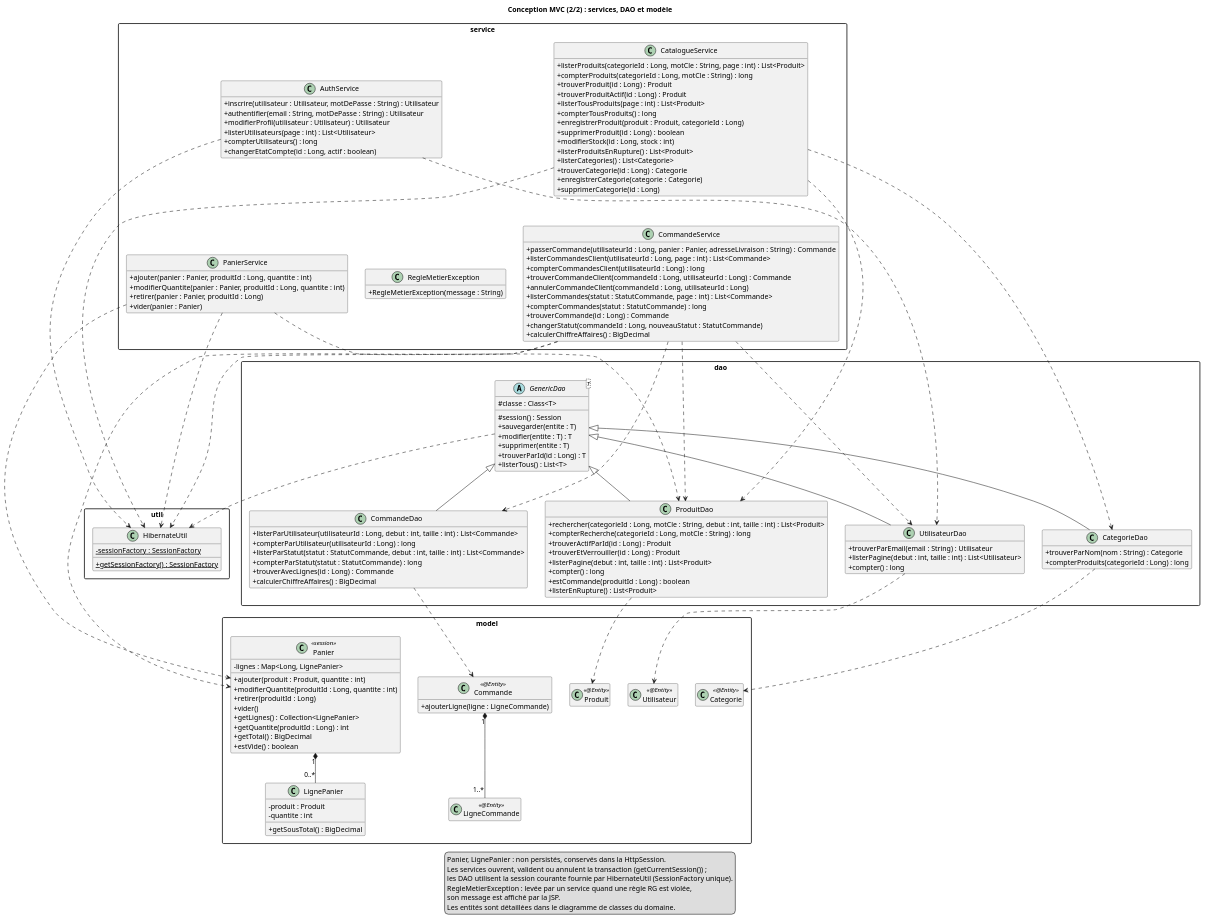
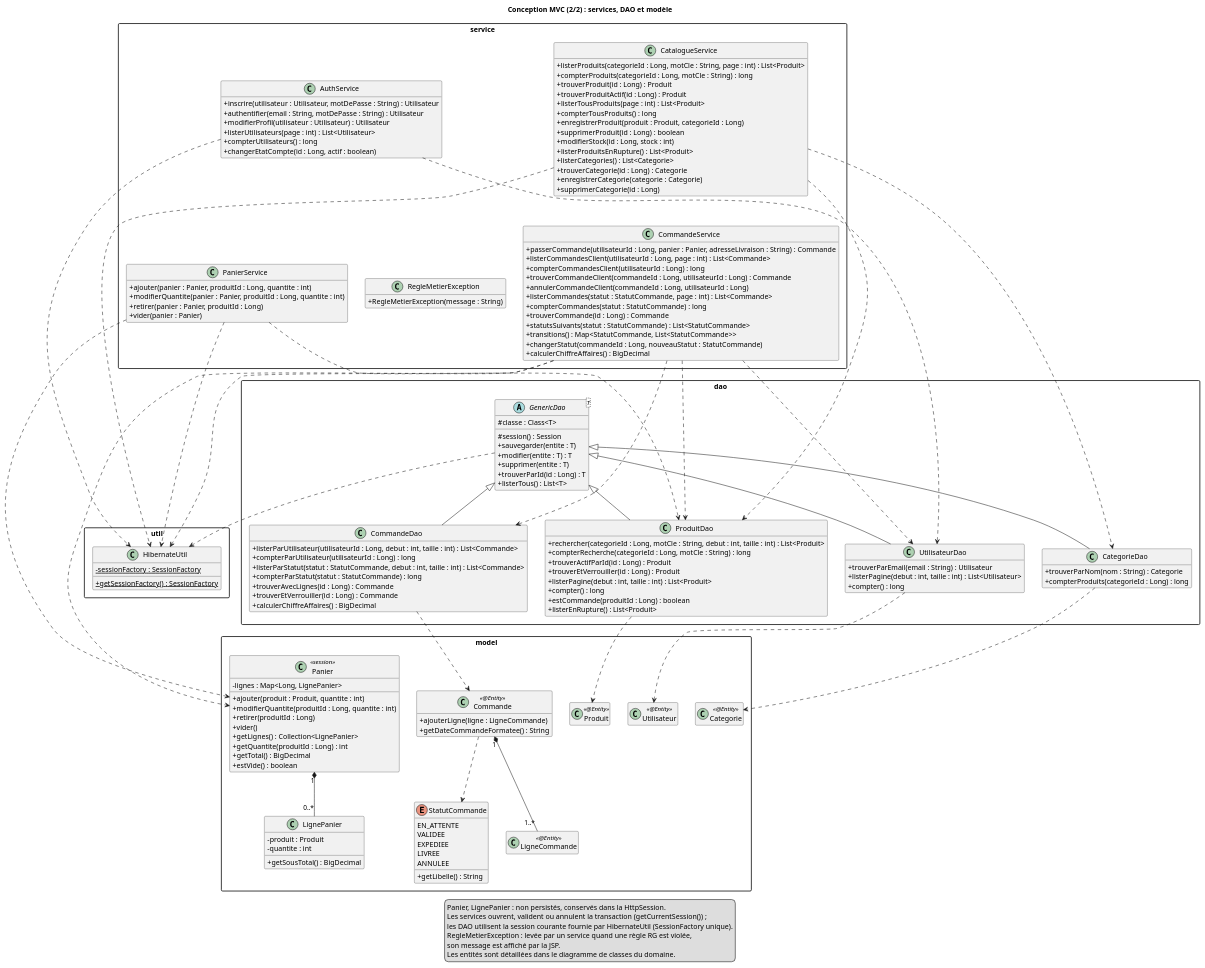
One commit to unk-user/Boutique-JEE changed the diagram in docs/uml/classes-conception-metier.puml. Above: the diagram before and after it, drawn with PlantUML. The commit also changed 3 other files, not shown here.

Commit message:
docs: verrou de la commande et libellés des statuts dans les diagrammes de conception

```diff
--- a/docs/uml/classes-conception-metier.puml
+++ b/docs/uml/classes-conception-metier.puml
@@ -1,175 +1,188 @@
 @startuml classes-conception-metier
 title Conception MVC (2/2) : services, DAO et modèle
 skinparam classAttributeIconSize 0
 skinparam packageStyle rectangle
 hide empty members
 
 package "service" {
   class AuthService {
     + inscrire(utilisateur : Utilisateur, motDePasse : String) : Utilisateur
     + authentifier(email : String, motDePasse : String) : Utilisateur
     + modifierProfil(utilisateur : Utilisateur) : Utilisateur
     + listerUtilisateurs(page : int) : List<Utilisateur>
     + compterUtilisateurs() : long
     + changerEtatCompte(id : Long, actif : boolean)
   }
   class CatalogueService {
     + listerProduits(categorieId : Long, motCle : String, page : int) : List<Produit>
     + compterProduits(categorieId : Long, motCle : String) : long
     + trouverProduit(id : Long) : Produit
     + trouverProduitActif(id : Long) : Produit
     + listerTousProduits(page : int) : List<Produit>
     + compterTousProduits() : long
     + enregistrerProduit(produit : Produit, categorieId : Long)
     + supprimerProduit(id : Long) : boolean
     + modifierStock(id : Long, stock : int)
     + listerProduitsEnRupture() : List<Produit>
     + listerCategories() : List<Categorie>
     + trouverCategorie(id : Long) : Categorie
     + enregistrerCategorie(categorie : Categorie)
     + supprimerCategorie(id : Long)
   }
   class PanierService {
     + ajouter(panier : Panier, produitId : Long, quantite : int)
     + modifierQuantite(panier : Panier, produitId : Long, quantite : int)
     + retirer(panier : Panier, produitId : Long)
     + vider(panier : Panier)
   }
   class CommandeService {
     + passerCommande(utilisateurId : Long, panier : Panier, adresseLivraison : String) : Commande
     + listerCommandesClient(utilisateurId : Long, page : int) : List<Commande>
     + compterCommandesClient(utilisateurId : Long) : long
     + trouverCommandeClient(commandeId : Long, utilisateurId : Long) : Commande
     + annulerCommandeClient(commandeId : Long, utilisateurId : Long)
     + listerCommandes(statut : StatutCommande, page : int) : List<Commande>
     + compterCommandes(statut : StatutCommande) : long
     + trouverCommande(id : Long) : Commande
+    + statutsSuivants(statut : StatutCommande) : List<StatutCommande>
+    + transitions() : Map<StatutCommande, List<StatutCommande>>
     + changerStatut(commandeId : Long, nouveauStatut : StatutCommande)
     + calculerChiffreAffaires() : BigDecimal
   }
   class RegleMetierException {
     + RegleMetierException(message : String)
   }
 }
 
 package "dao" {
   abstract class "GenericDao<T>" as GenericDao {
     # classe : Class<T>
     # session() : Session
     + sauvegarder(entite : T)
     + modifier(entite : T) : T
     + supprimer(entite : T)
     + trouverParId(id : Long) : T
     + listerTous() : List<T>
   }
   class UtilisateurDao {
     + trouverParEmail(email : String) : Utilisateur
     + listerPagine(debut : int, taille : int) : List<Utilisateur>
     + compter() : long
   }
   class CategorieDao {
     + trouverParNom(nom : String) : Categorie
     + compterProduits(categorieId : Long) : long
   }
   class ProduitDao {
     + rechercher(categorieId : Long, motCle : String, debut : int, taille : int) : List<Produit>
     + compterRecherche(categorieId : Long, motCle : String) : long
     + trouverActifParId(id : Long) : Produit
     + trouverEtVerrouiller(id : Long) : Produit
     + listerPagine(debut : int, taille : int) : List<Produit>
     + compter() : long
     + estCommande(produitId : Long) : boolean
     + listerEnRupture() : List<Produit>
   }
   class CommandeDao {
     + listerParUtilisateur(utilisateurId : Long, debut : int, taille : int) : List<Commande>
     + compterParUtilisateur(utilisateurId : Long) : long
     + listerParStatut(statut : StatutCommande, debut : int, taille : int) : List<Commande>
     + compterParStatut(statut : StatutCommande) : long
     + trouverAvecLignes(id : Long) : Commande
+    + trouverEtVerrouiller(id : Long) : Commande
     + calculerChiffreAffaires() : BigDecimal
   }
 }
 
 package "model" {
   class Utilisateur <<@Entity>>
   class Categorie <<@Entity>>
   class Produit <<@Entity>>
   class Commande <<@Entity>> {
     + ajouterLigne(ligne : LigneCommande)
+    + getDateCommandeFormatee() : String
+  }
+  enum StatutCommande {
+    EN_ATTENTE
+    VALIDEE
+    EXPEDIEE
+    LIVREE
+    ANNULEE
+    + getLibelle() : String
   }
   class LigneCommande <<@Entity>>
   class Panier <<session>> {
     - lignes : Map<Long, LignePanier>
     + ajouter(produit : Produit, quantite : int)
     + modifierQuantite(produitId : Long, quantite : int)
     + retirer(produitId : Long)
     + vider()
     + getLignes() : Collection<LignePanier>
     + getQuantite(produitId : Long) : int
     + getTotal() : BigDecimal
     + estVide() : boolean
   }
   class LignePanier {
     - produit : Produit
     - quantite : int
     + getSousTotal() : BigDecimal
   }
 }
 
 package "util" {
   class HibernateUtil {
     - {static} sessionFactory : SessionFactory
     + {static} getSessionFactory() : SessionFactory
   }
 }
 
 ' Services -> DAO
 AuthService ..> UtilisateurDao
 CatalogueService ..> ProduitDao
 CatalogueService ..> CategorieDao
 PanierService ..> ProduitDao
 CommandeService ..> CommandeDao
 CommandeService ..> ProduitDao
 CommandeService ..> UtilisateurDao
 
 PanierService ..> Panier
 CommandeService ..> Panier
 UtilisateurDao ..> Utilisateur
 CategorieDao ..> Categorie
 ProduitDao ..> Produit
 CommandeDao ..> Commande
 Commande "1" *-- "1..*" LigneCommande
+Commande ..> StatutCommande
 
 ' Mise en page : services et DAO sur deux rangées
 AuthService -[hidden]right- CatalogueService
 AuthService -[hidden]down- PanierService
 CatalogueService -[hidden]down- CommandeService
 PanierService -[hidden]right- RegleMetierException
 PanierService -[hidden]down- GenericDao
 CommandeService -[hidden]down- GenericDao
 
 ' Héritage DAO
 GenericDao <|-- UtilisateurDao
 GenericDao <|-- CategorieDao
 GenericDao <|-- ProduitDao
 GenericDao <|-- CommandeDao
 
 GenericDao ..> HibernateUtil
 AuthService ..> HibernateUtil
 CatalogueService ..> HibernateUtil
 PanierService ..> HibernateUtil
 CommandeService ..> HibernateUtil
 Panier "1" *-- "0..*" LignePanier
 
 
 
 legend bottom
   Panier, LignePanier : non persistés, conservés dans la HttpSession.
   Les services ouvrent, valident ou annulent la transaction (getCurrentSession()) ;
   les DAO utilisent la session courante fournie par HibernateUtil (SessionFactory unique).
   RegleMetierException : levée par un service quand une règle RG est violée,
   son message est affiché par la JSP.
   Les entités sont détaillées dans le diagramme de classes du domaine.
 endlegend
 @enduml
```
